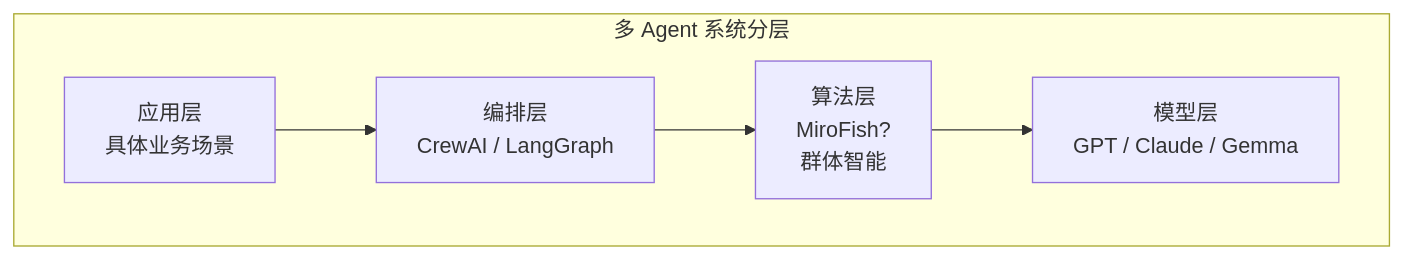
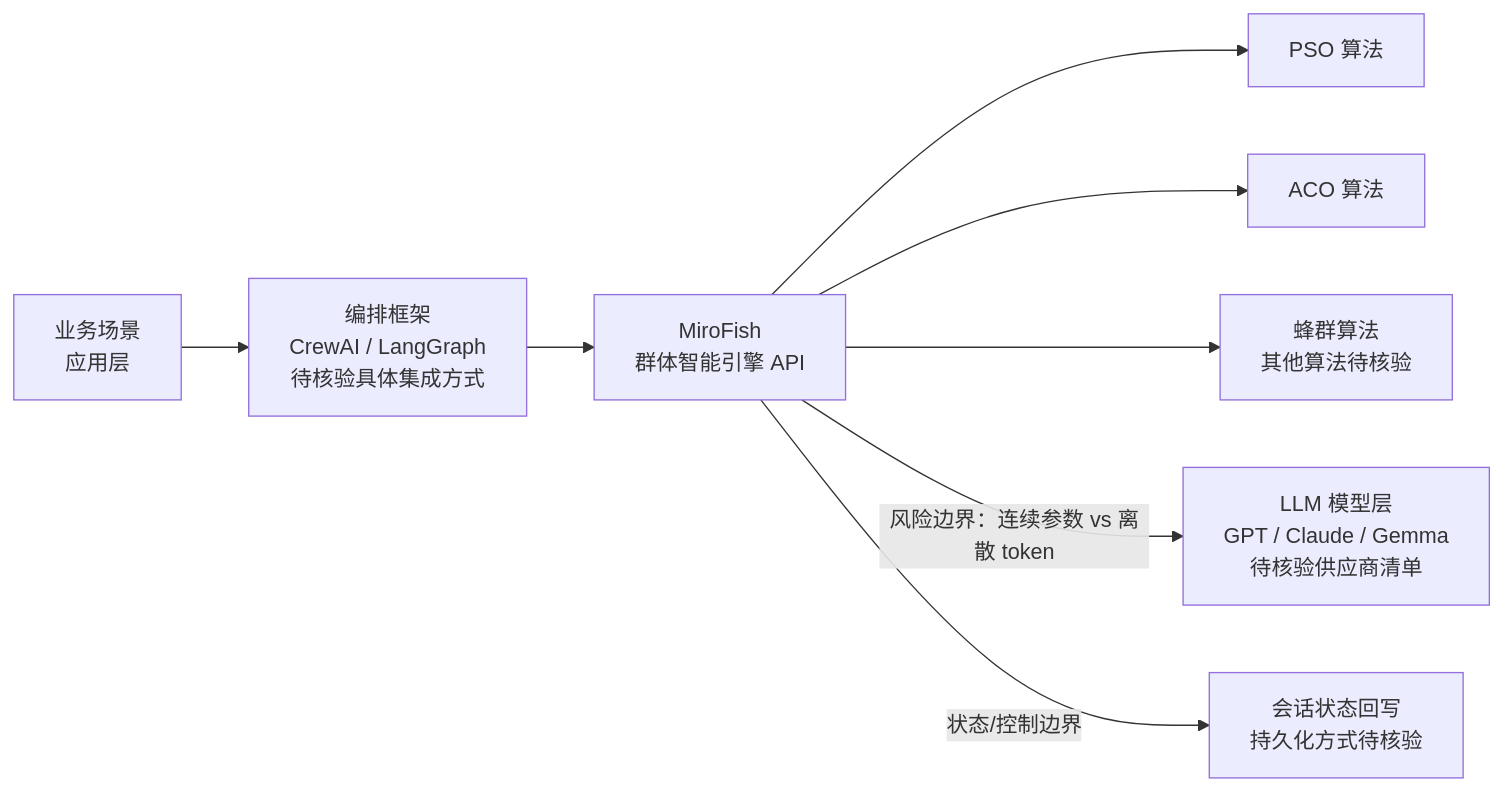
One commit to aiutil/github-researcher changed the diagram in projects/mirofish.md. Above: the diagram before and after it, drawn with Mermaid. The commit also changed other lines of this file and 939 other files, not shown here.

Commit message:
feat: add architect briefs and Mermaid project maps

````diff
--- a/projects/mirofish.md
+++ b/projects/mirofish.md
@@ -49,10 +62,10 @@
 ```mermaid
-graph TB
-    subgraph "多 Agent 系统分层"
-        A[应用层<br>具体业务场景]
-        B[编排层<br>CrewAI / LangGraph]
-        C[算法层<br>MiroFish?<br>群体智能]
-        D[模型层<br>GPT / Claude / Gemma]
-    end
-    A --> B --> C --> D
+flowchart LR
+    A[业务场景<br>应用层] --> B[编排框架<br>CrewAI / LangGraph<br>待核验具体集成方式]
+    B --> C[MiroFish<br>群体智能引擎 API]
+    C --> D1[PSO 算法]
+    C --> D2[ACO 算法]
+    C --> D3[蜂群算法<br>其他算法待核验]
+    C -->|风险边界：连续参数 vs 离散 token| E[LLM 模型层<br>GPT / Claude / Gemma<br>待核验供应商清单]
+    C -->|状态/控制边界| F[会话状态回写<br>持久化方式待核验]
 ```
````
